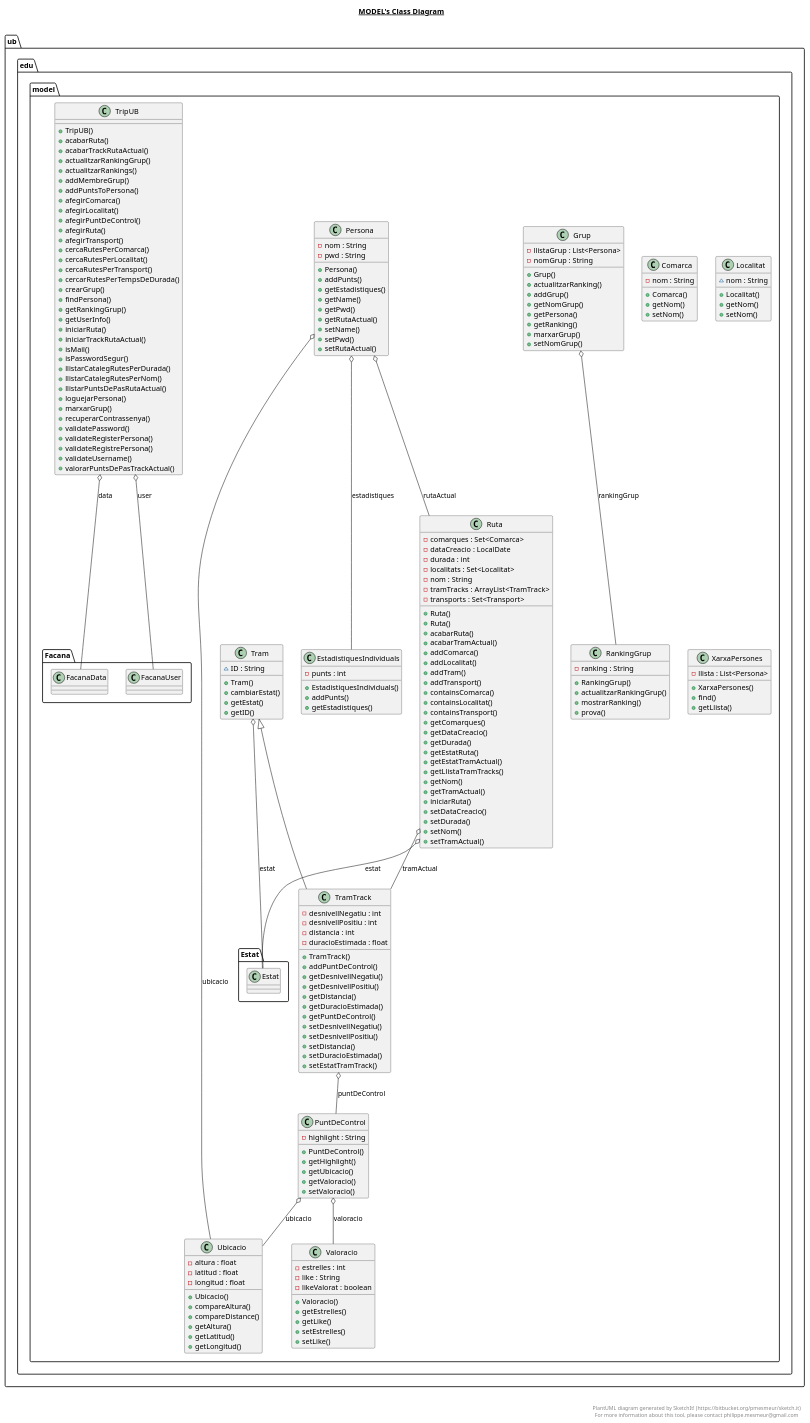
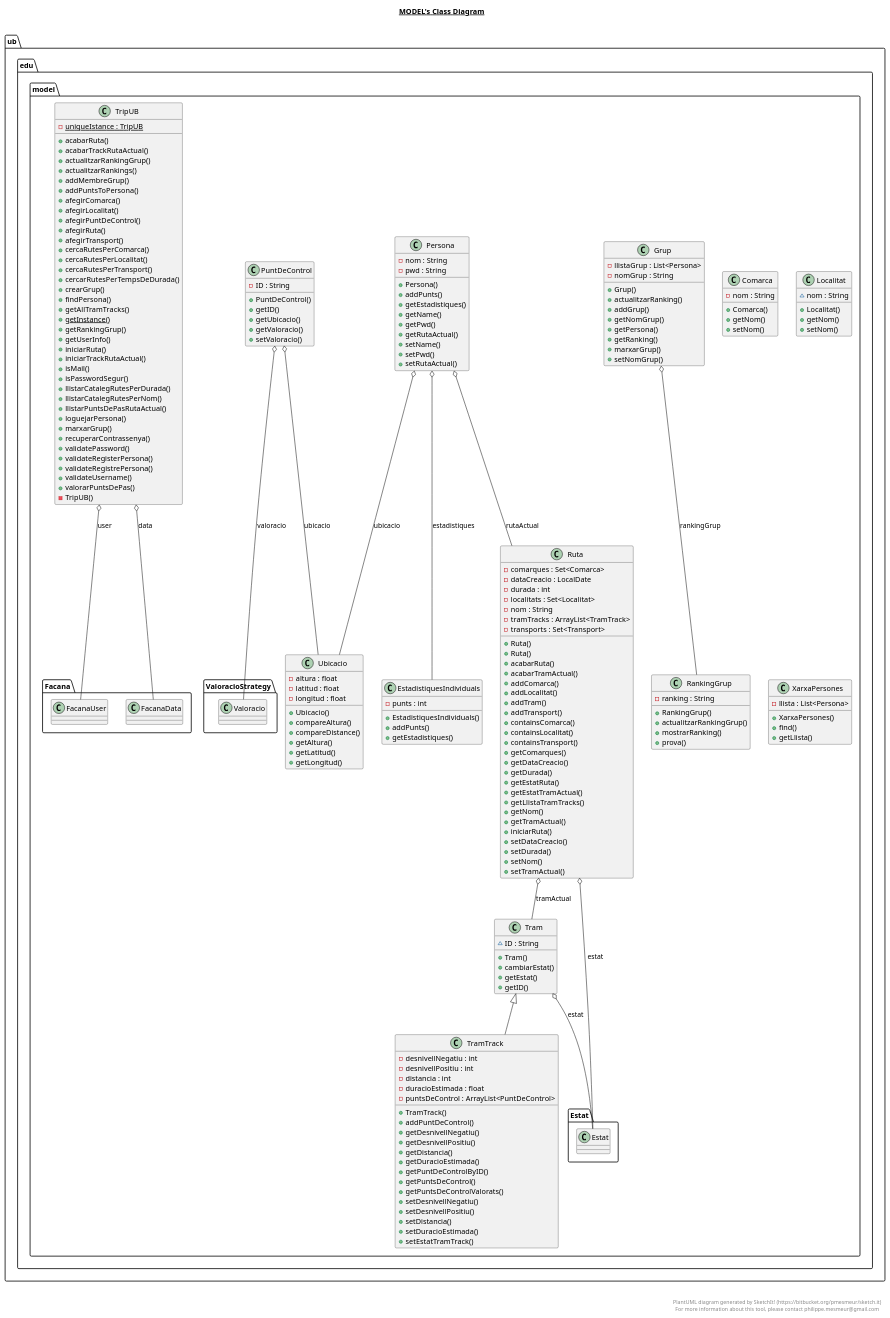
The diagram in src/ub/edu/model/model.plantuml (Samot2003/p3-tripu-dao-a12_reava), drawn with PlantUML before and after one commit. The commit also changed 37 other files, not shown here.

Commit message:
Hem aplicat singleton finalment a controller, hem acabat els tests nous i retocat diagrames

```diff
--- a/src/ub/edu/model/model.plantuml
+++ b/src/ub/edu/model/model.plantuml
@@ -67,9 +67,9 @@
 
   namespace ub.edu.model {
     class ub.edu.model.PuntDeControl {
-        - highlight : String
+        - ID : String
         + PuntDeControl()
-        + getHighlight()
+        + getID()
         + getUbicacio()
         + getValoracio()
         + setValoracio()
@@ -142,13 +142,16 @@
         - desnivellPositiu : int
         - distancia : int
         - duracioEstimada : float
+        - puntsDeControl : ArrayList<PuntDeControl>
         + TramTrack()
         + addPuntDeControl()
         + getDesnivellNegatiu()
         + getDesnivellPositiu()
         + getDistancia()
         + getDuracioEstimada()
-        + getPuntDeControl()
+        + getPuntDeControlByID()
+        + getPuntsDeControl()
+        + getPuntsDeControlValorats()
         + setDesnivellNegatiu()
         + setDesnivellPositiu()
         + setDistancia()
@@ -160,7 +163,7 @@
 
   namespace ub.edu.model {
     class ub.edu.model.TripUB {
-        + TripUB()
+        {static} - uniqueIstance : TripUB
         + acabarRuta()
         + acabarTrackRutaActual()
         + actualitzarRankingGrup()
@@ -178,6 +181,8 @@
         + cercarRutesPerTempsDeDurada()
         + crearGrup()
         + findPersona()
+        + getAllTramTracks()
+        {static} + getInstance()
         + getRankingGrup()
         + getUserInfo()
         + iniciarRuta()
@@ -194,7 +199,8 @@
         + validateRegisterPersona()
         + validateRegistrePersona()
         + validateUsername()
-        + valorarPuntsDePasTrackActual()
+        + valorarPuntsDePas()
+        - TripUB()
     }
   }
   
@@ -215,20 +221,6 @@
   
 
   namespace ub.edu.model {
-    class ub.edu.model.Valoracio {
-        - estrelles : int
-        - like : String
-        - likeValorat : boolean
-        + Valoracio()
-        + getEstrelles()
-        + getLike()
-        + setEstrelles()
-        + setLike()
-    }
-  }
-  
-
-  namespace ub.edu.model {
     class ub.edu.model.XarxaPersones {
         - llista : List<Persona>
         + XarxaPersones()
@@ -243,12 +235,11 @@
   ub.edu.model.Persona o-- ub.edu.model.Ruta : rutaActual
   ub.edu.model.Persona o-- ub.edu.model.Ubicacio : ubicacio
   ub.edu.model.PuntDeControl o-- ub.edu.model.Ubicacio : ubicacio
-  ub.edu.model.PuntDeControl o-- ub.edu.model.Valoracio : valoracio
+  ub.edu.model.PuntDeControl o-- ub.edu.model.ValoracioStrategy.Valoracio : valoracio
   ub.edu.model.Ruta o-- ub.edu.model.Estat.Estat : estat
-  ub.edu.model.Ruta o-- ub.edu.model.TramTrack : tramActual
+  ub.edu.model.Ruta o-- ub.edu.model.Tram : tramActual
   ub.edu.model.Tram o-- ub.edu.model.Estat.Estat : estat
   ub.edu.model.TramTrack -up-|> ub.edu.model.Tram
-  ub.edu.model.TramTrack o-- ub.edu.model.PuntDeControl : puntDeControl
   ub.edu.model.TripUB o-- ub.edu.model.Facana.FacanaData : data
   ub.edu.model.TripUB o-- ub.edu.model.Facana.FacanaUser : user
 
```
